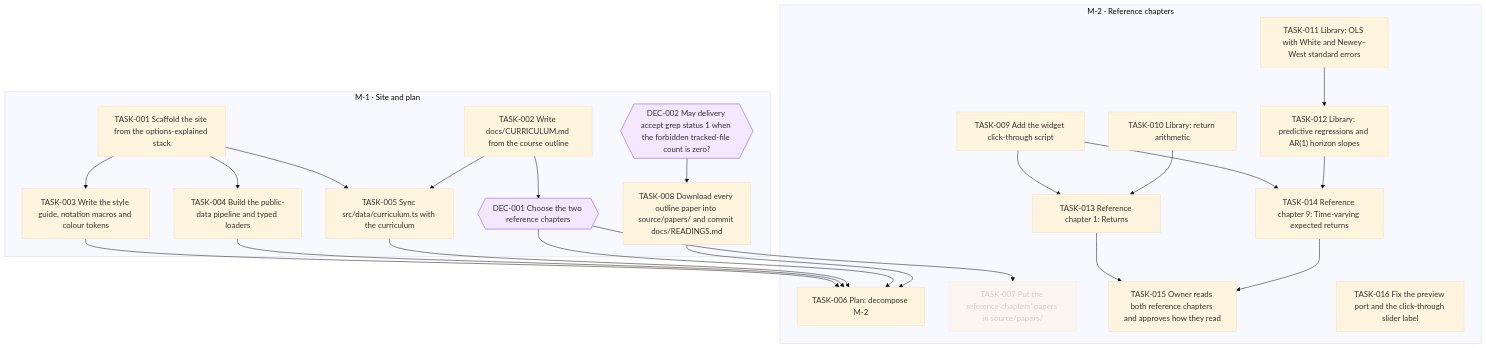
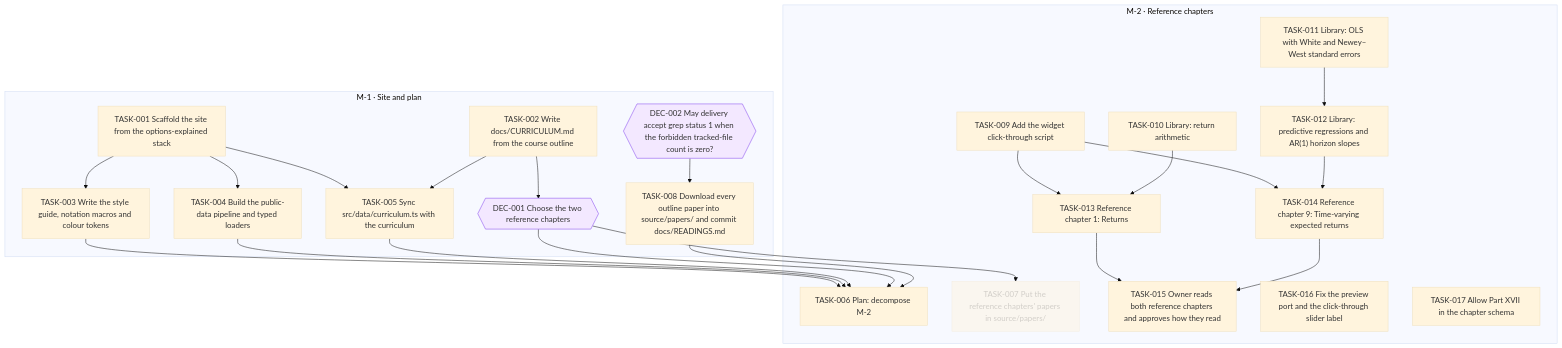
One commit to all-explained/empirical-finance-lbs changed the diagram in goals/course-site/README.md. Above: the diagram before and after it, drawn with Mermaid (base theme). The commit also changed 1 other file, not shown here.

Commit message:
goal(course-site): add TASK-017 Allow Part XVII in the chapter schema

````diff
--- a/goals/course-site/README.md
+++ b/goals/course-site/README.md
@@ -39,50 +39,51 @@
 ```mermaid
 flowchart TD
   subgraph M_1["M-1 · Site and plan"]
     DEC_001{{"DEC-001 Choose the two reference chapters"}}
     DEC_002{{"DEC-002 May delivery accept grep status 1 when the forbidden tracked-file count is zero?"}}
     TASK_001["TASK-001 Scaffold the site from the options-explained stack"]
     TASK_002["TASK-002 Write docs/CURRICULUM.md from the course outline"]
     TASK_003["TASK-003 Write the style guide, notation macros and colour tokens"]
     TASK_004["TASK-004 Build the public-data pipeline and typed loaders"]
     TASK_005["TASK-005 Sync src/data/curriculum.ts with the curriculum"]
     TASK_008["TASK-008 Download every outline paper into source/papers/ and commit docs/READINGS.md"]
   end
   subgraph M_2["M-2 · Reference chapters"]
     TASK_006["TASK-006 Plan: decompose M-2"]
     TASK_007["TASK-007 Put the reference chapters' papers in source/papers/"]
     TASK_009["TASK-009 Add the widget click-through script"]
     TASK_010["TASK-010 Library: return arithmetic"]
     TASK_011["TASK-011 Library: OLS with White and Newey–West standard errors"]
     TASK_012["TASK-012 Library: predictive regressions and AR(1) horizon slopes"]
     TASK_013["TASK-013 Reference chapter 1: Returns"]
     TASK_014["TASK-014 Reference chapter 9: Time-varying expected returns"]
     TASK_015["TASK-015 Owner reads both reference chapters and approves how they read"]
     TASK_016["TASK-016 Fix the preview port and the click-through slider label"]
+    TASK_017["TASK-017 Allow Part XVII in the chapter schema"]
   end
   TASK_002 --> DEC_001
   TASK_001 --> TASK_003
   TASK_001 --> TASK_004
   TASK_001 --> TASK_005
   TASK_002 --> TASK_005
   TASK_003 --> TASK_006
   TASK_004 --> TASK_006
   TASK_005 --> TASK_006
   DEC_001 --> TASK_006
   TASK_008 --> TASK_006
   DEC_001 --> TASK_007
   DEC_002 --> TASK_008
   TASK_011 --> TASK_012
   TASK_009 --> TASK_013
   TASK_010 --> TASK_013
   TASK_009 --> TASK_014
   TASK_012 --> TASK_014
   TASK_013 --> TASK_015
   TASK_014 --> TASK_015
   classDef draft stroke-dasharray: 4 3
   classDef cancelled opacity:0.45
   classDef decision fill:#f3e8ff,stroke:#7c3aed
   class TASK_007 cancelled
   class DEC_001 decision
   class DEC_002 decision
 ```
````
